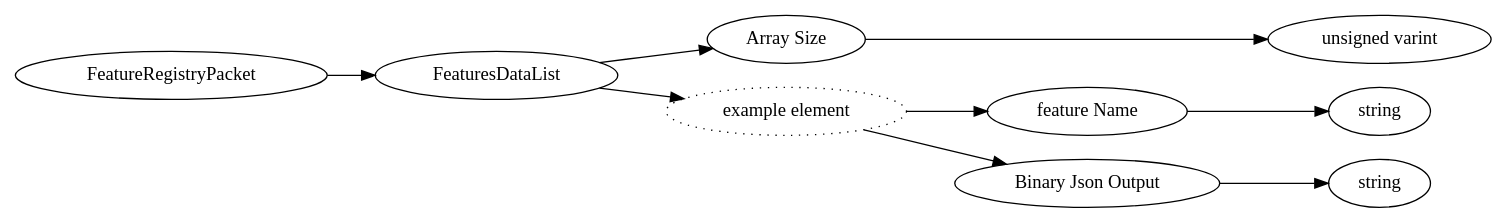
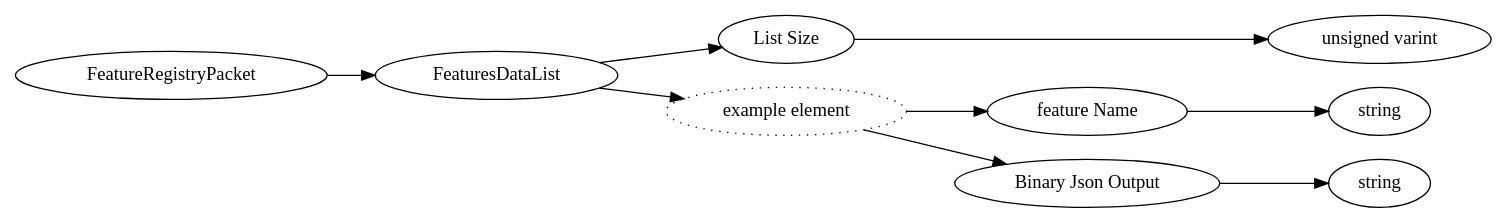
The diagram in dot/FeatureRegistryPacket.dot (Mojang/bedrock-protocol-docs), drawn with Graphviz before and after one commit. The commit also changed 460 other files, not shown here.

```diff
--- a/dot/FeatureRegistryPacket.dot
+++ b/dot/FeatureRegistryPacket.dot
@@ -1,24 +1,24 @@
 digraph "FeatureRegistryPacket" {
 rankdir = LR
 0
 0 -> 1
 1 -> 2
 2 -> 3
 1 -> 4
 4 -> 5
 5 -> 6
 4 -> 7
 7 -> 8
 
 0 [label="FeatureRegistryPacket",comment="name: \"FeatureRegistryPacket\", typeName: \"\", id: 0, branchId: 191, recurseId: -1, attributes: 0, notes: \"\""];
 1 [label="FeaturesDataList",comment="name: \"FeaturesDataList\", typeName: \"\", id: 1, branchId: 0, recurseId: -1, attributes: 8, notes: \"\""];
-2 [label="Array Size",comment="name: \"Array Size\", typeName: \"\", id: 2, branchId: 0, recurseId: -1, attributes: 0, notes: \"\""];
+2 [label="List Size",comment="name: \"List Size\", typeName: \"\", id: 2, branchId: 0, recurseId: -1, attributes: 0, notes: \"\""];
 3 [label="unsigned varint",comment="name: \"unsigned varint\", typeName: \"\", id: 3, branchId: 0, recurseId: -1, attributes: 512, notes: \"\""];
 4 [label="example element",style=dotted,comment="name: \"example element\", typeName: \"\", id: 4, branchId: 0, recurseId: -1, attributes: 16, notes: \"\""];
 5 [label="feature Name",comment="name: \"feature Name\", typeName: \"\", id: 5, branchId: 0, recurseId: -1, attributes: 0, notes: \"\""];
 6 [label="string",comment="name: \"string\", typeName: \"\", id: 6, branchId: 0, recurseId: -1, attributes: 512, notes: \"\""];
 7 [label="Binary Json Output",comment="name: \"Binary Json Output\", typeName: \"\", id: 7, branchId: 0, recurseId: -1, attributes: 0, notes: \"\""];
 8 [label="string",comment="name: \"string\", typeName: \"\", id: 8, branchId: 0, recurseId: -1, attributes: 512, notes: \"\""];
 { rank = max;3;6;8}
 
 }
```
